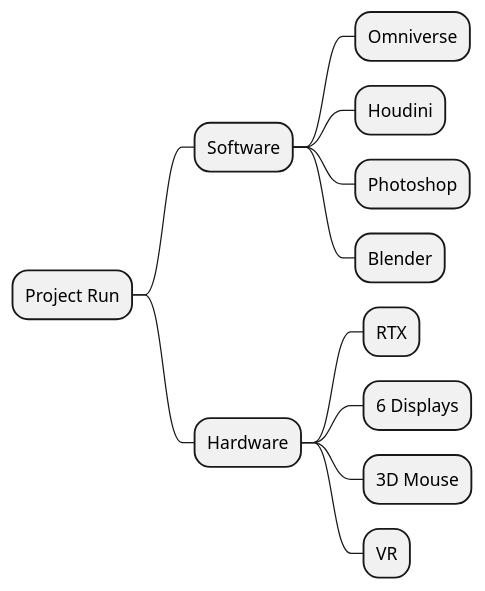
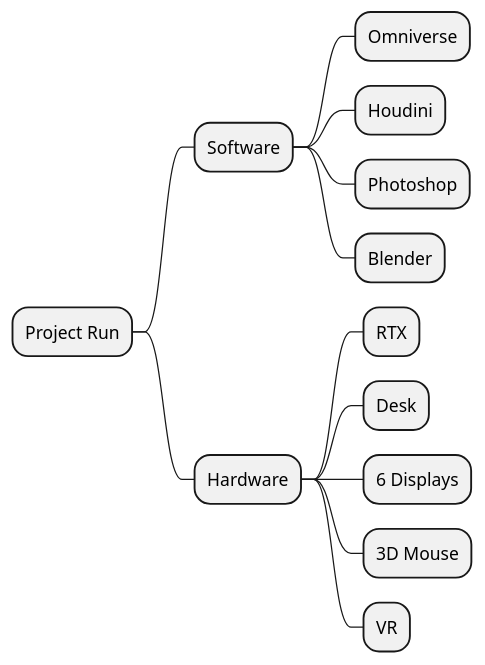
The diagram in PlantUML/project_run.puml (asuralhp/Test), drawn with PlantUML before and after one commit.

```diff
--- a/PlantUML/project_run.puml
+++ b/PlantUML/project_run.puml
@@ -1,13 +1,14 @@
 @startmindmap
 * Project Run
 ** Software
 *** Omniverse
 *** Houdini
 *** Photoshop
 *** Blender
 ** Hardware
 *** RTX
+*** Desk
 *** 6 Displays
 *** 3D Mouse
 *** VR
 @endmindmap
```
